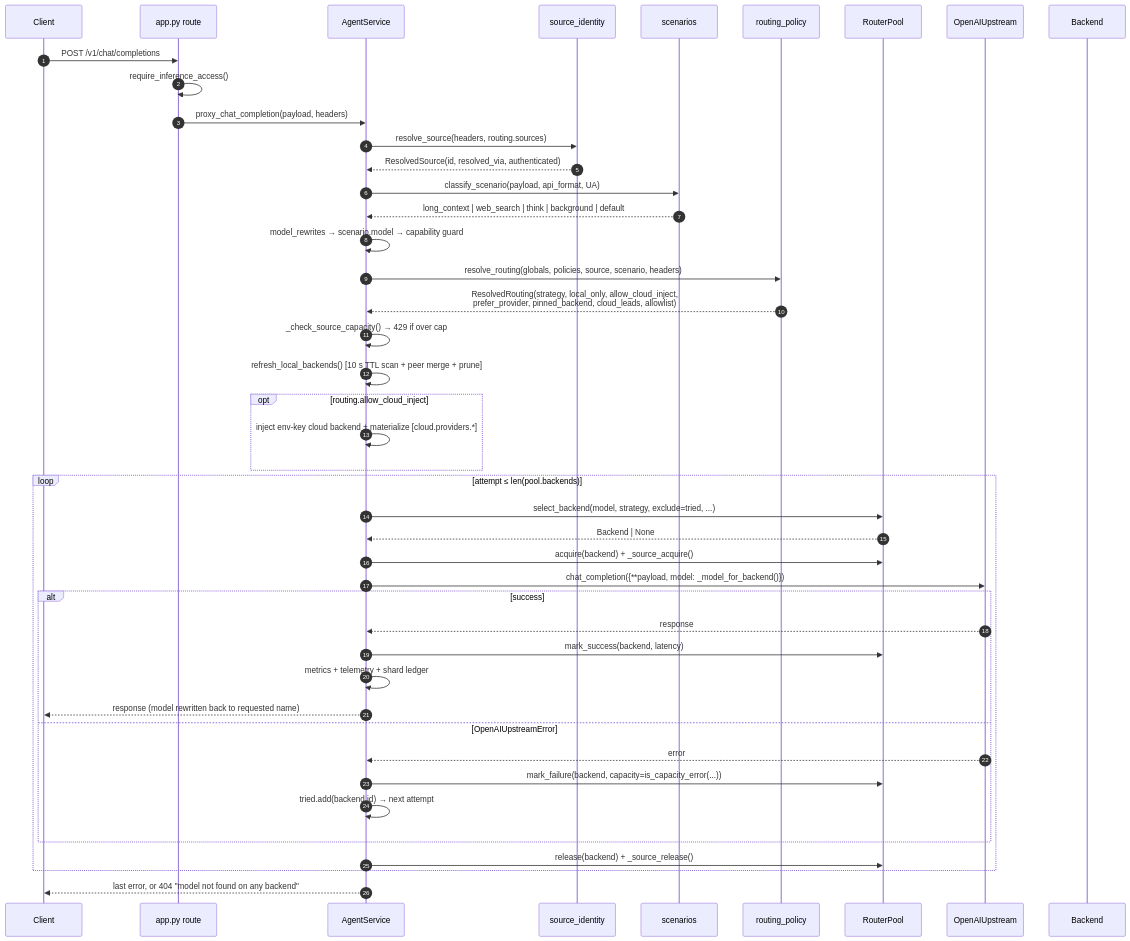
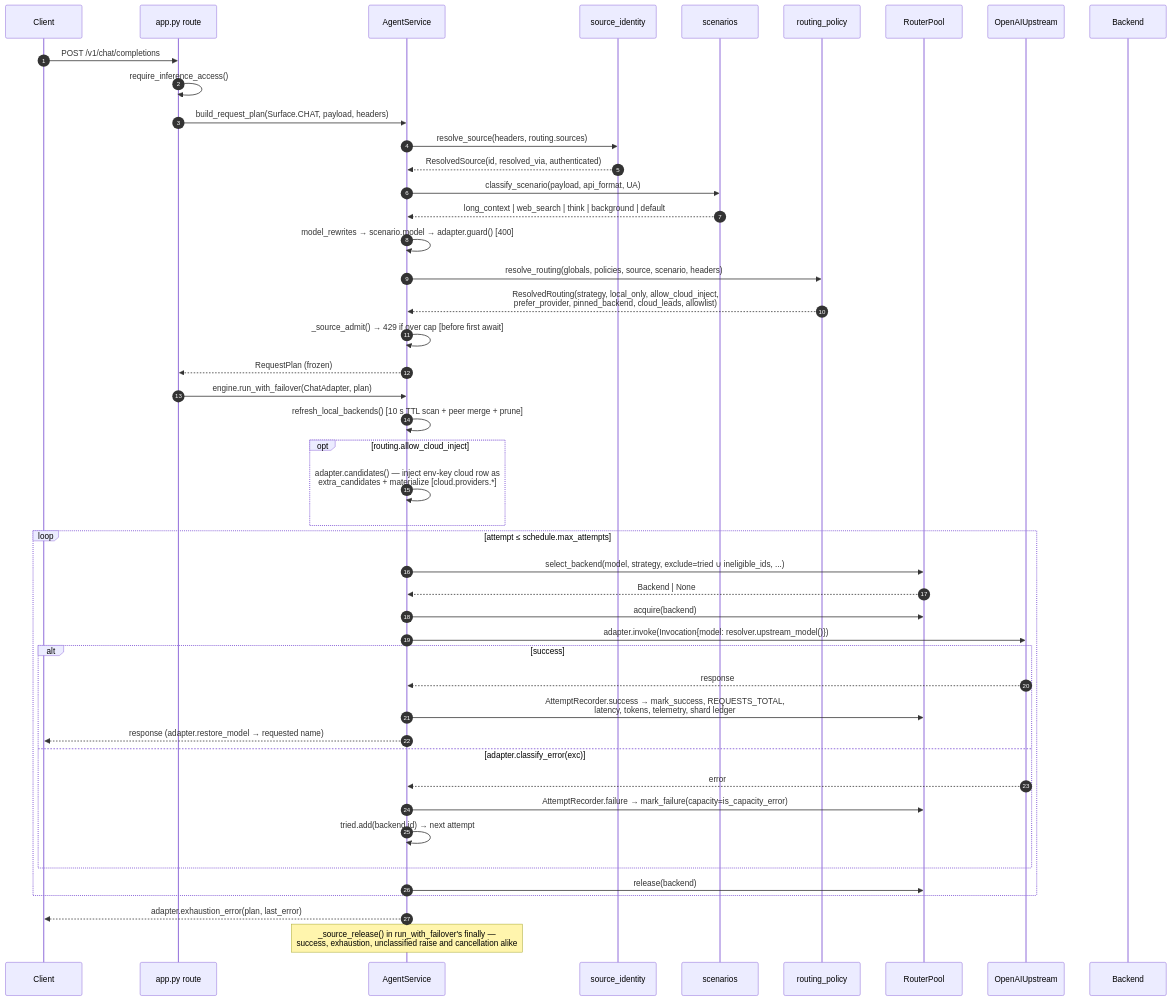
Before and after one commit to matthewdcage/llm-swarm-router: the second of 5 diagrams in docs/architecture/03-request-lifecycle.md, drawn with Mermaid. The commit also changed other lines of this file and 77 other files, not shown here.

````diff
--- a/docs/architecture/03-request-lifecycle.md
+++ b/docs/architecture/03-request-lifecycle.md
@@ -18,47 +91,49 @@
 ```mermaid
 sequenceDiagram
     autonumber
     participant C as Client
     participant API as app.py route
     participant S as AgentService
     participant SI as source_identity
     participant SC as scenarios
     participant RP as routing_policy
     participant P as RouterPool
     participant U as OpenAIUpstream
     participant B as Backend
 
     C->>API: POST /v1/chat/completions
     API->>API: require_inference_access()
-    API->>S: proxy_chat_completion(payload, headers)
+    API->>S: build_request_plan(Surface.CHAT, payload, headers)
     S->>SI: resolve_source(headers, routing.sources)
     SI-->>S: ResolvedSource(id, resolved_via, authenticated)
     S->>SC: classify_scenario(payload, api_format, UA)
     SC-->>S: long_context | web_search | think | background | default
-    S->>S: model_rewrites → scenario.model → capability guard
+    S->>S: model_rewrites → scenario.model → adapter.guard() [400]
     S->>RP: resolve_routing(globals, policies, source, scenario, headers)
     RP-->>S: ResolvedRouting(strategy, local_only, allow_cloud_inject,<br/>prefer_provider, pinned_backend, cloud_leads, allowlist)
-    S->>S: _check_source_capacity() → 429 if over cap
+    S->>S: _source_admit() → 429 if over cap [before first await]
+    S-->>API: RequestPlan (frozen)
+    API->>S: engine.run_with_failover(ChatAdapter, plan)
     S->>S: refresh_local_backends()  [10 s TTL scan + peer merge + prune]
     opt routing.allow_cloud_inject
-        S->>S: inject env-key cloud backend + materialize [cloud.providers.*]
+        S->>S: adapter.candidates() — inject env-key cloud row as<br/>extra_candidates + materialize [cloud.providers.*]
     end
-    loop attempt ≤ len(pool.backends)
-        S->>P: select_backend(model, strategy, exclude=tried, ...)
+    loop attempt ≤ schedule.max_attempts
+        S->>P: select_backend(model, strategy, exclude=tried ∪ ineligible_ids, ...)
         P-->>S: Backend | None
-        S->>P: acquire(backend) + _source_acquire()
-        S->>U: chat_completion({**payload, model: _model_for_backend()})
+        S->>P: acquire(backend)
+        S->>U: adapter.invoke(Invocation{model: resolver.upstream_model()})
         alt success
             U-->>S: response
-            S->>P: mark_success(backend, latency)
-            S->>S: metrics + telemetry + shard ledger
-            S-->>C: response (model rewritten back to requested name)
-        else OpenAIUpstreamError
+            S->>P: AttemptRecorder.success → mark_success, REQUESTS_TOTAL,<br/>latency, tokens, telemetry, shard ledger
+            S-->>C: response (adapter.restore_model → requested name)
+        else adapter.classify_error(exc)
             U-->>S: error
-            S->>P: mark_failure(backend, capacity=is_capacity_error(...))
+            S->>P: AttemptRecorder.failure → mark_failure(capacity=is_capacity_error)
             S->>S: tried.add(backend.id) → next attempt
         end
-        S->>P: release(backend) + _source_release()
+        S->>P: release(backend)
     end
-    S-->>C: last error, or 404 "model not found on any backend"
+    S-->>C: adapter.exhaustion_error(plan, last_error)
+    Note over S: _source_release() in run_with_failover's finally —<br/>success, exhaustion, unclassified raise and cancellation alike
 ```
````
